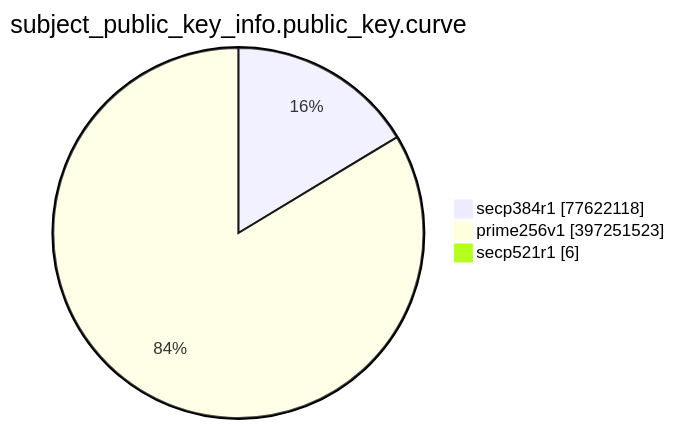
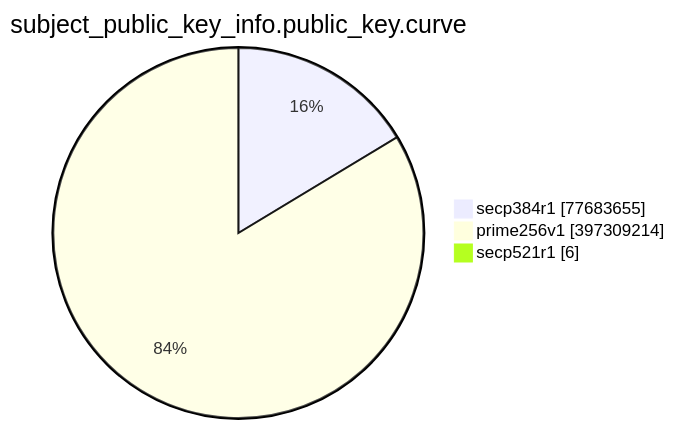
Before and after one commit to christiankrug/ctmonitor_visualization: the eighth of 15 diagrams in TOTAL/README.md, drawn with Mermaid. The commit also changed other lines of this file, not shown here.

````diff
--- a/TOTAL/README.md
+++ b/TOTAL/README.md
@@ -3095,7 +3095,7 @@
 ```mermaid
 pie showData
 title subject_public_key_info.public_key.curve
-"secp384r1" :77622118
-"prime256v1" :397251523
+"secp384r1" :77683655
+"prime256v1" :397309214
 "secp521r1" :6
 ```
````
